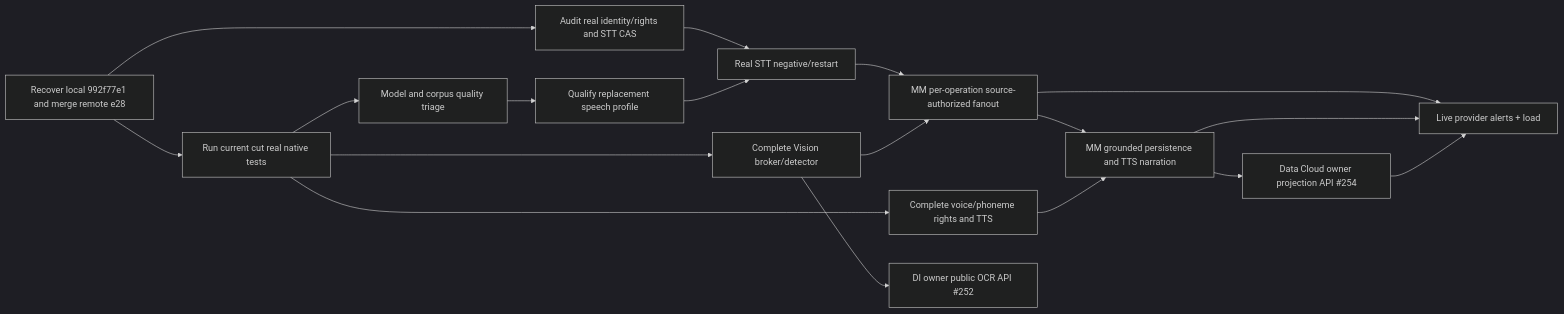
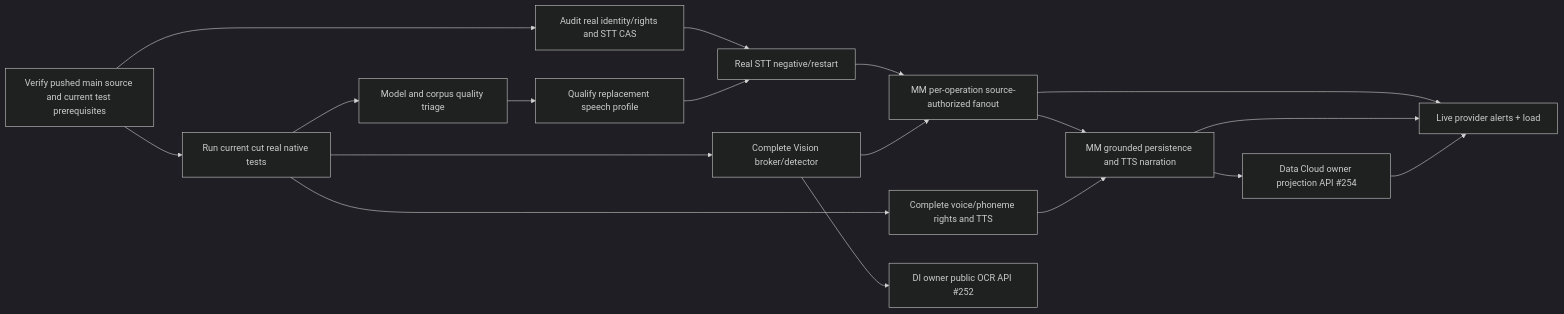
The diagram in docs/implementation/MEDIA-WAVE2-ACTIVE-EXECUTION.md (samujjwal/ghatana-media), drawn with Mermaid (dark theme) before and after one commit. The commit also changed other lines of this file, not shown here.

Commit message:
docs(media): remove resolved local-source recovery and pin pushed Wave 2 implementation

````diff
--- a/docs/implementation/MEDIA-WAVE2-ACTIVE-EXECUTION.md
+++ b/docs/implementation/MEDIA-WAVE2-ACTIVE-EXECUTION.md
@@ -371,20 +371,20 @@
 ```mermaid
 flowchart LR
-  R[Recover local 992f77e1 and merge remote e28] --> V[Run current cut real native tests]
+  R[Verify pushed main source and current test prerequisites] --> V[Run current cut real native tests]
   R --> A[Audit real identity/rights and STT CAS]
   A --> S[Real STT negative/restart]
   V --> Q[Model and corpus quality triage]
   Q --> P[Qualify replacement speech profile]
   P --> S
   V --> N[Complete Vision broker/detector]
   V --> T[Complete voice/phoneme rights and TTS]
   S --> M[MM per-operation source-authorized fanout]
   N --> M
   M --> O[MM grounded persistence and TTS narration]
   T --> O
   N --> D[DI owner public OCR API #252]
   O --> C[Data Cloud owner projection API #254]
   M --> H[Live provider alerts + load]
   O --> H
   C --> H
 ```
````
